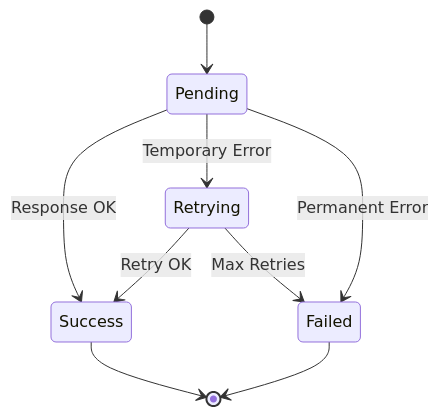
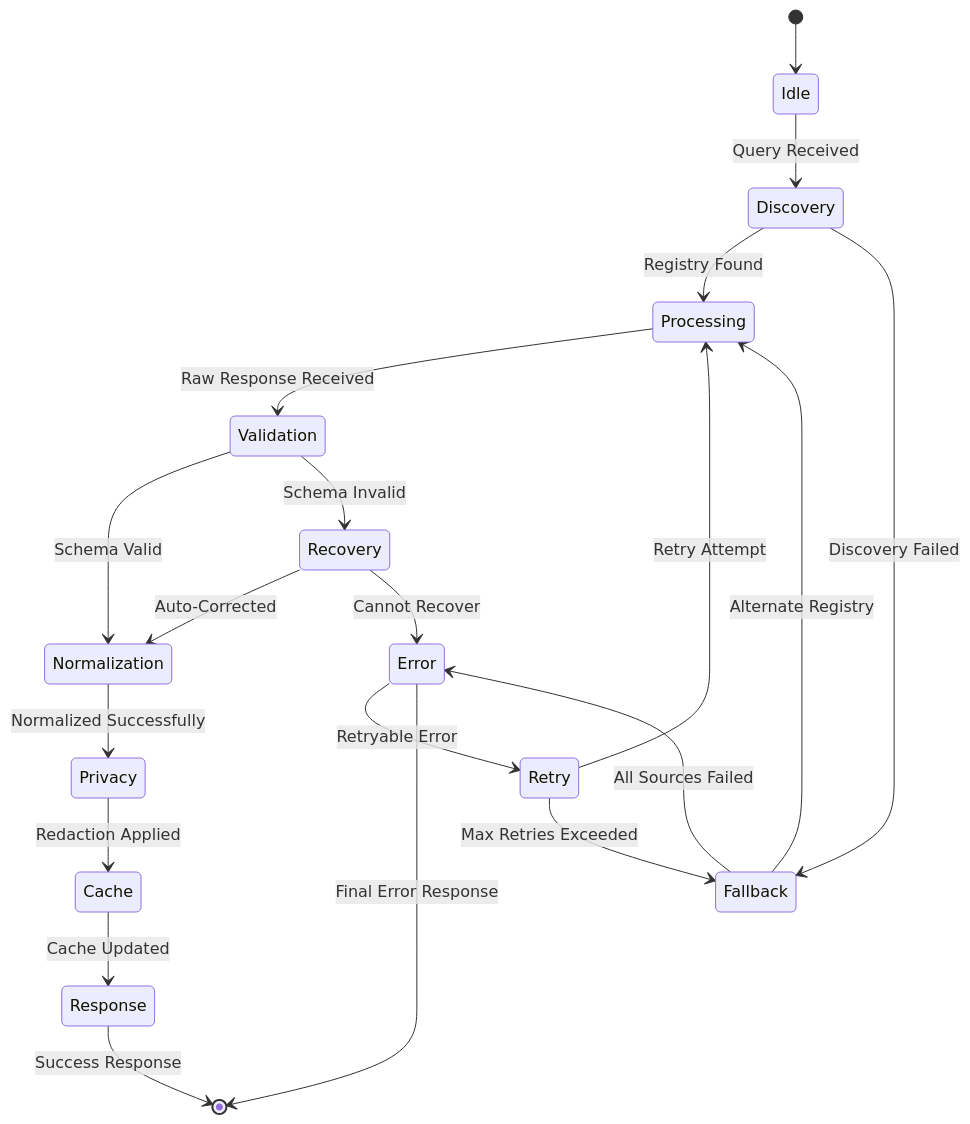
Before and after one commit to rdapify/RDAPify: the first of 2 diagrams in docs/guides/error_handling.md, drawn with Mermaid. The commit also changed other lines of this file and 8 other files, not shown here.

````diff
--- a/docs/guides/error_handling.md
+++ b/docs/guides/error_handling.md
@@ -62,11 +21,23 @@
 ```mermaid
 stateDiagram-v2
-    [*] --> Pending
-    Pending --> Success: Response OK
-    Pending --> Retrying: Temporary Error
-    Retrying --> Success: Retry OK
-    Retrying --> Failed: Max Retries
-    Pending --> Failed: Permanent Error
-    Success --> [*]
-    Failed --> [*]
+    [*] --> Idle
+    Idle --> Discovery: Query Received
+    Discovery --> Processing: Registry Found
+    Discovery --> Fallback: Discovery Failed
+    Fallback --> Processing: Alternate Registry
+    Fallback --> Error: All Sources Failed
+    Processing --> Validation: Raw Response Received
+    Validation --> Normalization: Schema Valid
+    Validation --> Recovery: Schema Invalid
+    Recovery --> Normalization: Auto-Corrected
+    Recovery --> Error: Cannot Recover
+    Normalization --> Privacy: Normalized Successfully
+    Privacy --> Cache: Redaction Applied
+    Cache --> Response: Cache Updated
+    Response --> [*]: Success Response
+    
+    Error --> Retry: Retryable Error
+    Retry --> Processing: Retry Attempt
+    Retry --> Fallback: Max Retries Exceeded
+    Error --> [*]: Final Error Response
 ```
````
